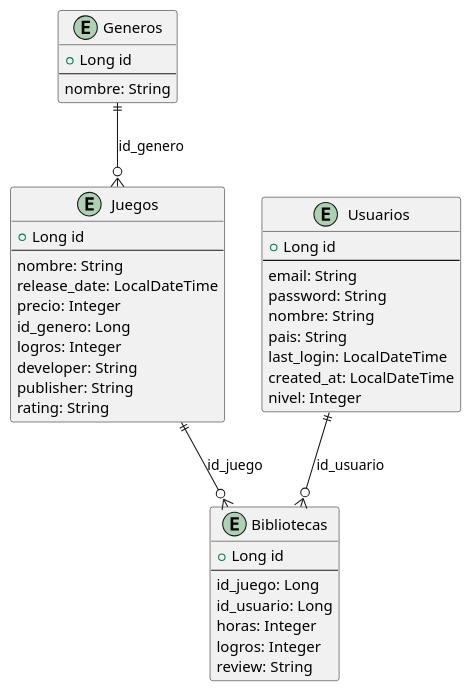
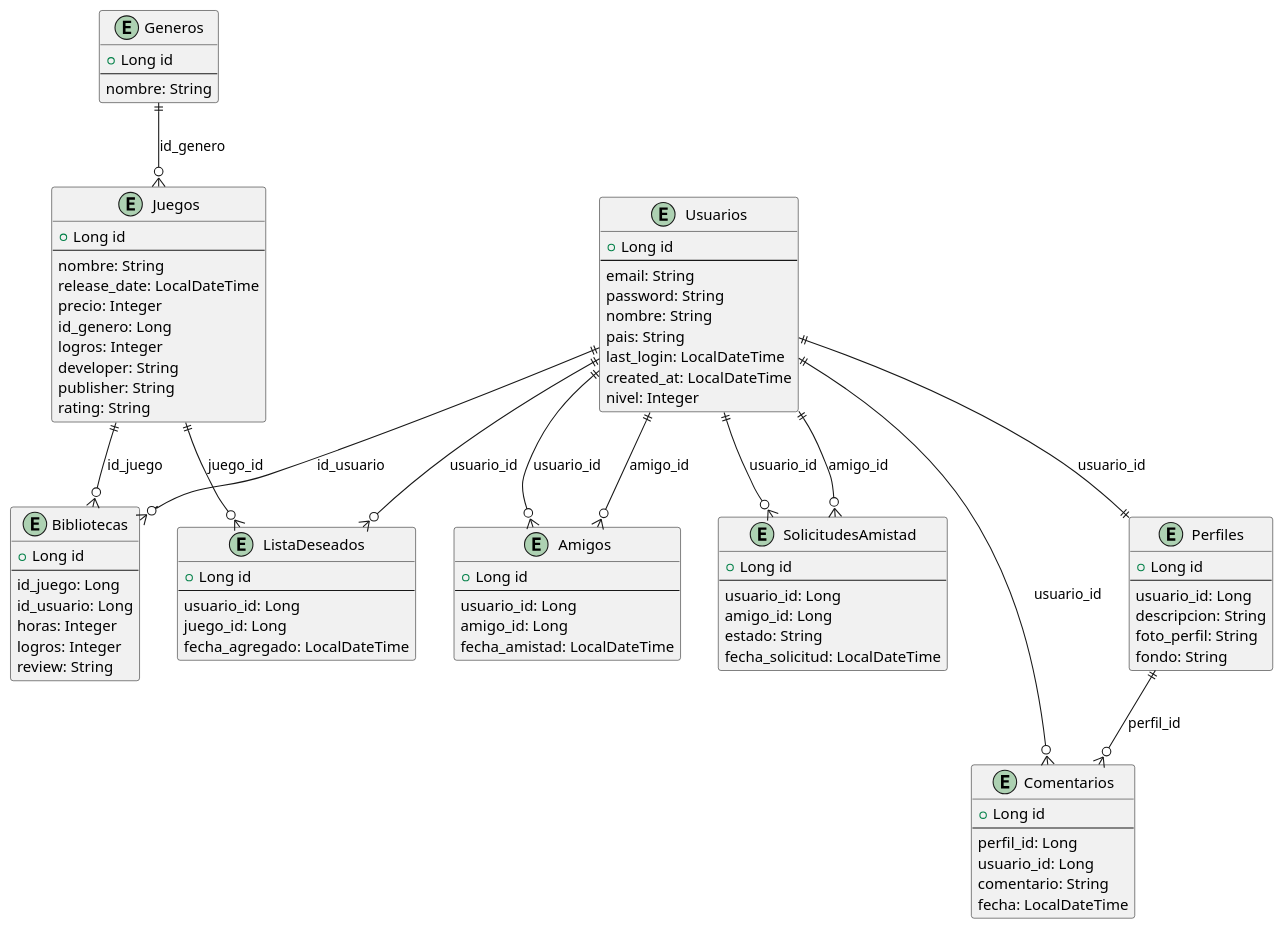
One commit to 405660-NIETO/Biblioteca-Steam changed the diagram in docs/der.puml. Above: the diagram before and after it, drawn with PlantUML. The commit also changed 1 other file, not shown here.

```diff
--- a/docs/der.puml
+++ b/docs/der.puml
@@ -1,49 +1,105 @@
 @startuml
 
 entity "Generos" {
   + Long id
   --
   nombre: String
 }
 
 entity "Juegos" {
   + Long id
   --
   nombre: String
   release_date: LocalDateTime
   precio: Integer
   id_genero: Long
   logros: Integer
   developer: String
   publisher: String
   rating: String
 }
 
 entity "Usuarios" {
   + Long id
   --
   email: String
   password: String
   nombre: String
   pais: String
   last_login: LocalDateTime
   created_at: LocalDateTime
   nivel: Integer
 }
 
 entity "Bibliotecas" {
   + Long id
   --
   id_juego: Long
   id_usuario: Long
   horas: Integer
   logros: Integer
   review: String
 }
 
+entity "Perfiles" {
+  + Long id
+  --
+  usuario_id: Long
+  descripcion: String
+  foto_perfil: String
+  fondo: String
+}
+
+entity "Comentarios" {
+  + Long id
+  --
+  perfil_id: Long
+  usuario_id: Long
+  comentario: String
+  fecha: LocalDateTime
+}
+
+entity "Amigos" {
+  + Long id
+  --
+  usuario_id: Long
+  amigo_id: Long
+  fecha_amistad: LocalDateTime
+}
+
+entity "SolicitudesAmistad" {
+  + Long id
+  --
+  usuario_id: Long
+  amigo_id: Long
+  estado: String
+  fecha_solicitud: LocalDateTime
+}
+
+entity "ListaDeseados" {
+  + Long id
+  --
+  usuario_id: Long
+  juego_id: Long
+  fecha_agregado: LocalDateTime
+}
+
 ' Relaciones
 Generos ||--o{ Juegos : "id_genero"
 Juegos ||--o{ Bibliotecas : "id_juego"
 Usuarios ||--o{ Bibliotecas : "id_usuario"
 
+Usuarios ||--|| Perfiles : "usuario_id"
+Perfiles ||--o{ Comentarios : "perfil_id"
+Usuarios ||--o{ Comentarios : "usuario_id"
+
+Usuarios ||--o{ Amigos : "usuario_id"
+Usuarios ||--o{ Amigos : "amigo_id"
+
+Usuarios ||--o{ SolicitudesAmistad : "usuario_id"
+Usuarios ||--o{ SolicitudesAmistad : "amigo_id"
+
+Usuarios ||--o{ ListaDeseados : "usuario_id"
+Juegos ||--o{ ListaDeseados : "juego_id"
+
 @enduml
```
